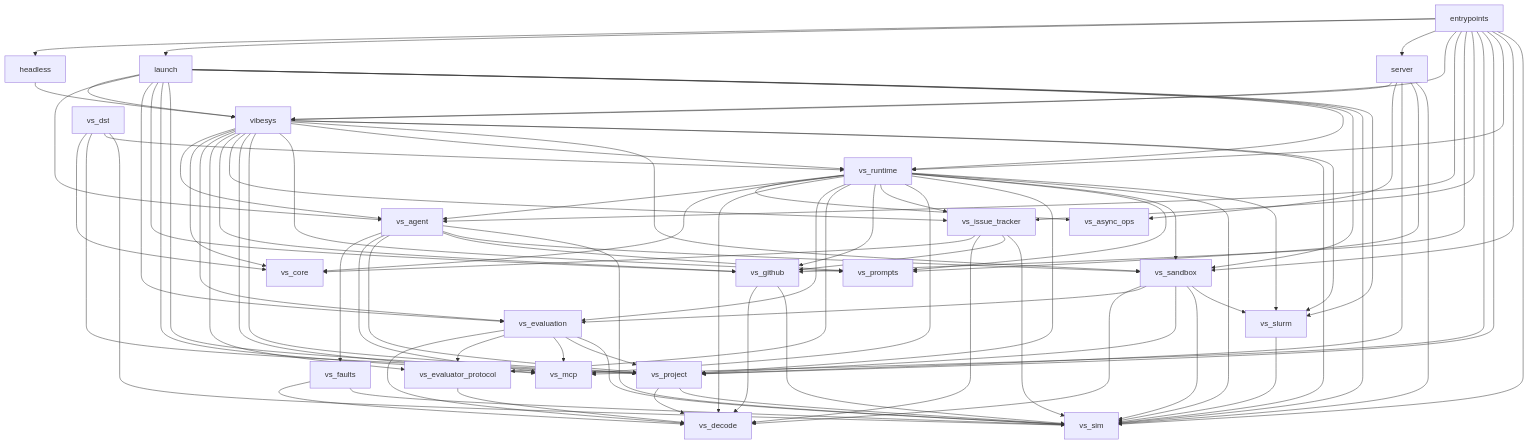
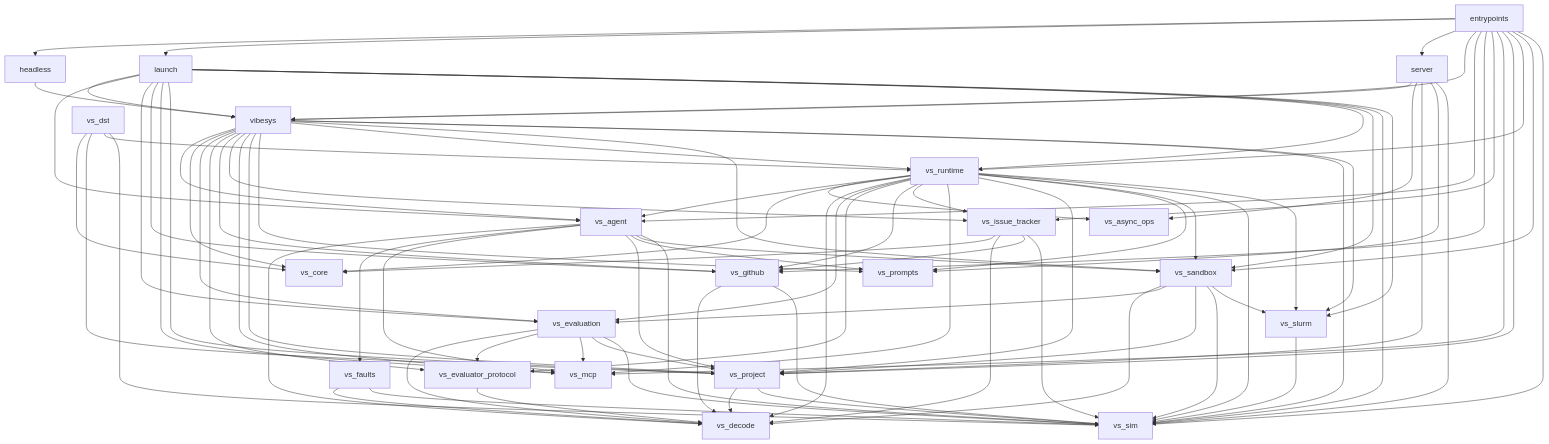
Before and after one commit to 6Mikao9/vibesys: the diagram in docs/contributing/architecture.md, drawn with Mermaid. The commit also changed 12 other files, not shown here.

Commit message:
fix(vs-agent): decode agent replies and docker output through vs_decode (#2563)

```diff
--- a/docs/contributing/architecture.md
+++ b/docs/contributing/architecture.md
@@ -168,6 +168,7 @@
     vibesys --> vs_sandbox
     vibesys --> vs_sim
     vibesys --> vs_slurm
+    vs_agent --> vs_decode
     vs_agent --> vs_faults
     vs_agent --> vs_mcp
     vs_agent --> vs_project
```
